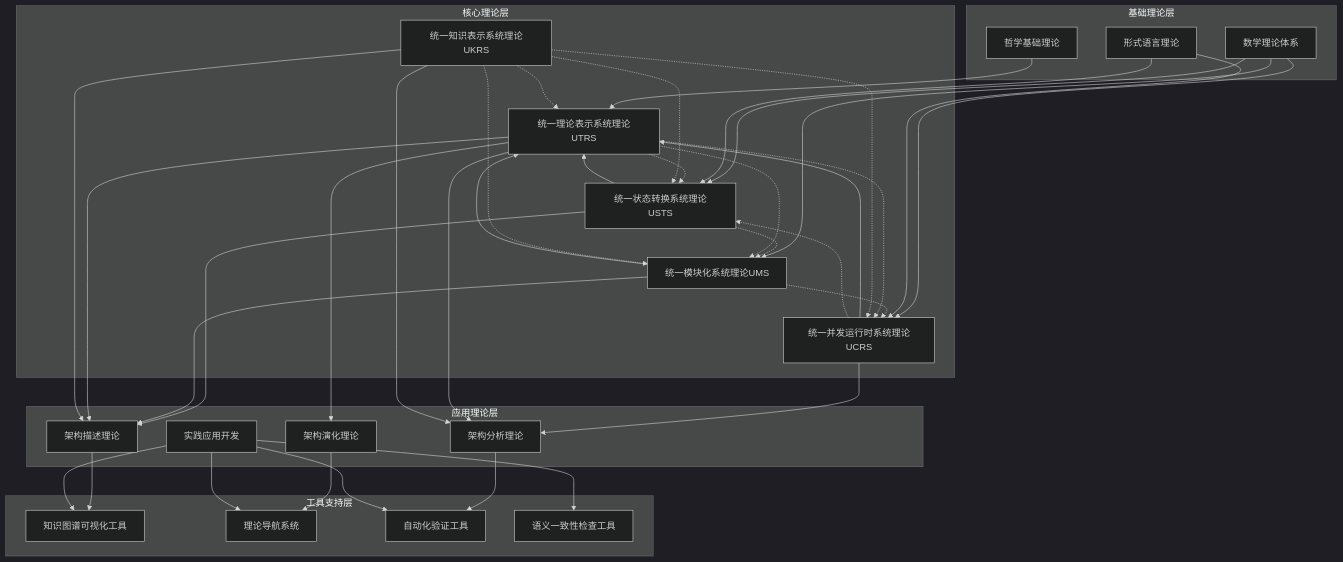
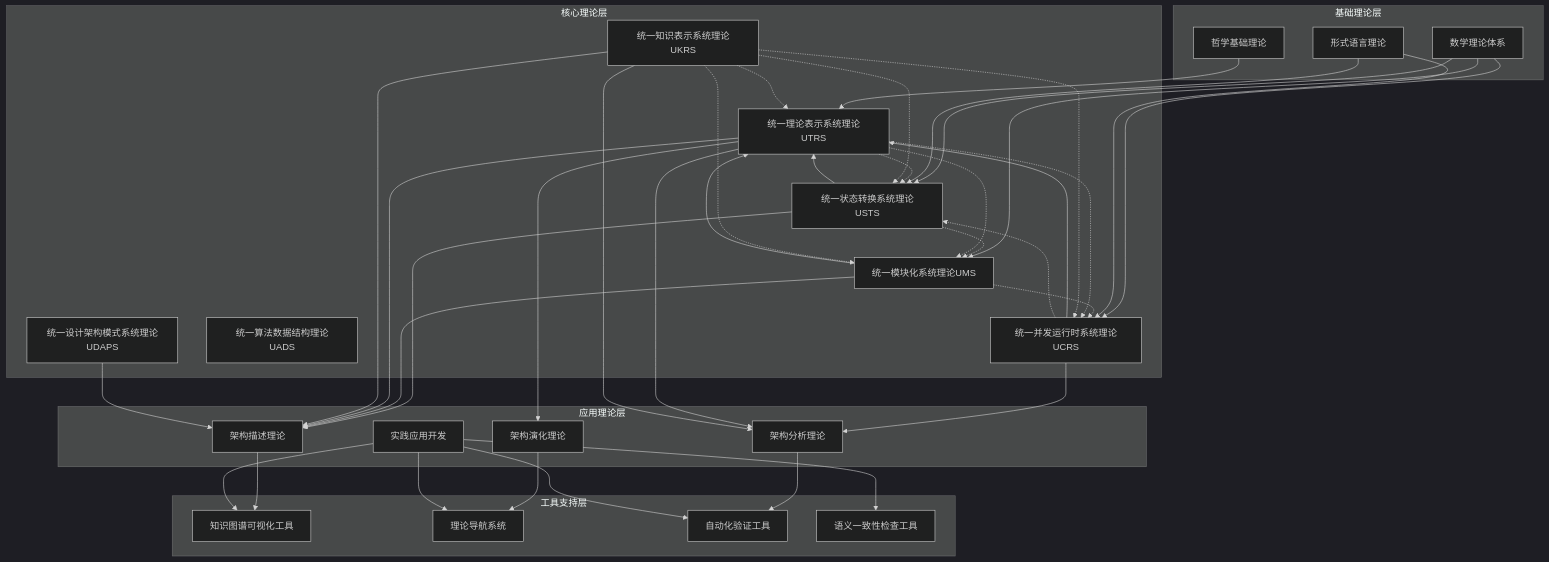
The second of 4 diagrams in Analysis/形式化架构理论导航图.md (AdaMartin18010/formal-architecture), drawn with Mermaid (dark theme) before and after one commit. The commit also changed other lines of this file and 7 other files, not shown here.

````diff
--- a/Analysis/形式化架构理论导航图.md
+++ b/Analysis/形式化架构理论导航图.md
@@ -248,74 +286,77 @@
 ```mermaid
 graph TD
     subgraph "基础理论层"
         A1[哲学基础理论]
         A2[数学理论体系]
         A3[形式语言理论]
     end
     
     subgraph "核心理论层"
         B1[统一状态转换系统理论USTS]
         B2[统一模块化系统理论UMS]
         B3[统一并发运行时系统理论UCRS]
         B4[统一理论表示系统理论UTRS]
         B5[统一知识表示系统理论UKRS]
+        B6[统一算法数据结构理论UADS]
+        B7[统一设计架构模式系统理论UDAPS]
     end
     
     subgraph "应用理论层"
         C1[架构描述理论]
         C2[架构分析理论]
         C3[架构演化理论]
         C4[实践应用开发]
     end
     
     subgraph "工具支持层"
         D1[知识图谱可视化工具]
         D2[理论导航系统]
         D3[自动化验证工具]
         D4[语义一致性检查工具]
     end
     
     %% 基础理论到核心理论的映射
     A1 --> B4
     A2 --> B1
     A2 --> B2
     A2 --> B3
     A3 --> B1
     A3 --> B3
     
     %% 核心理论之间的关系
     B1 --> B4
     B2 --> B4
     B3 --> B4
     
     %% 核心理论到应用理论的映射
     B1 --> C1
     B2 --> C1
     B3 --> C2
     B4 --> C1
     B4 --> C2
     B4 --> C3
     B5 --> C1
+    B7 --> C1
     B5 --> C2
     
     %% 应用理论到工具支持的映射
     C1 --> D1
     C2 --> D3
     C3 --> D2
     C4 --> D1
     C4 --> D2
     C4 --> D3
     C4 --> D4
     
     %% 统一理论之间的协同关系
     B1 -.-> B2
     B2 -.-> B3
     B3 -.-> B1
     B4 -.-> B1
     B4 -.-> B2
     B4 -.-> B3
     B5 -.-> B1
     B5 -.-> B2
     B5 -.-> B3
     B5 -.-> B4
 ```
````
